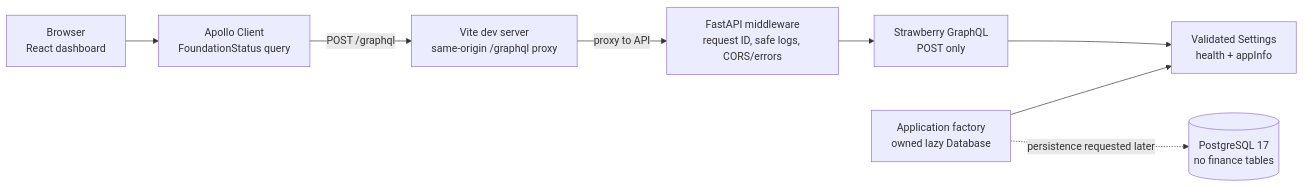
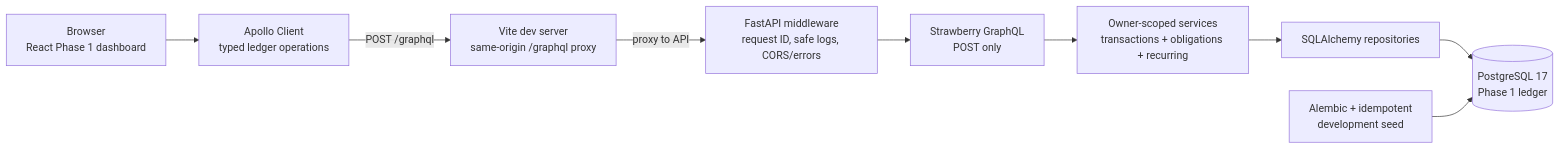
The first of 4 diagrams in docs/architecture.md (DIECINIUM/Expensea), drawn with Mermaid before and after one commit. The commit also changed other lines of this file and 5 other files, not shown here.

Commit message:
docs(phase1): document the completed ledger

````diff
--- a/docs/architecture.md
+++ b/docs/architecture.md
@@ -39,16 +39,17 @@
 ```mermaid
 flowchart LR
-    Browser["Browser<br/>React dashboard"]
-    Apollo["Apollo Client<br/>FoundationStatus query"]
+    Browser["Browser<br/>React Phase 1 dashboard"]
+    Apollo["Apollo Client<br/>typed ledger operations"]
     Vite["Vite dev server<br/>same-origin /graphql proxy"]
     Middleware["FastAPI middleware<br/>request ID, safe logs, CORS/errors"]
     GraphQL["Strawberry GraphQL<br/>POST only"]
-    Settings["Validated Settings<br/>health + appInfo"]
-    Factory["Application factory<br/>owned lazy Database"]
-    PG[(PostgreSQL 17<br/>no finance tables)]
+    Services["Owner-scoped services<br/>transactions + obligations + recurring"]
+    Repositories["SQLAlchemy repositories"]
+    PG[(PostgreSQL 17<br/>Phase 1 ledger)]
+    Bootstrap["Alembic + idempotent<br/>development seed"]
 
     Browser --> Apollo -->|POST /graphql| Vite
-    Vite -->|proxy to API| Middleware --> GraphQL --> Settings
-    Factory --> Settings
-    Factory -. persistence requested later .-> PG
+    Vite -->|proxy to API| Middleware --> GraphQL --> Services
+    Services --> Repositories --> PG
+    Bootstrap --> PG
 ```
````
